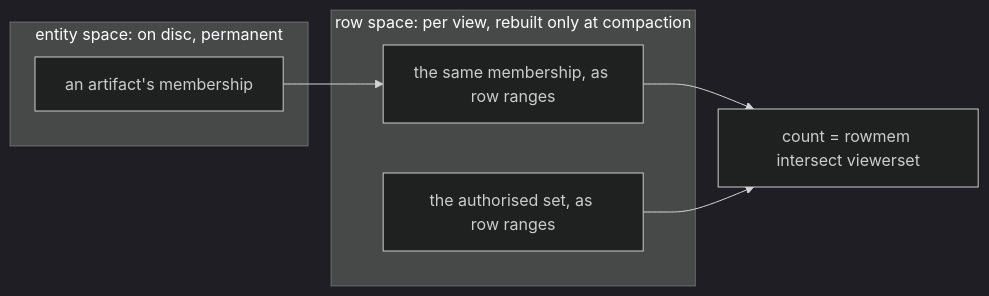
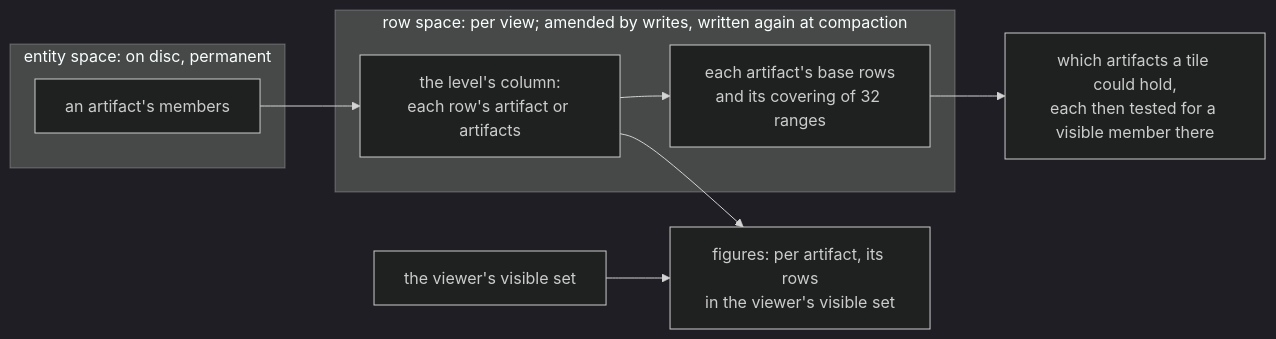
One commit to jennis0/tesseradb changed the third of 3 diagrams in docs/system/annotations.md. Above: the diagram before and after it, drawn with Mermaid (dark theme). The commit also changed other lines of this file and 8 other files, not shown here.

First line of the commit message:
Describe how annotation layers are served: per-tile artifacts, figures and member files

````diff
--- a/docs/system/annotations.md
+++ b/docs/system/annotations.md
@@ -314,13 +374,15 @@
 ```mermaid
 flowchart LR
   subgraph entity["entity space: on disc, permanent"]
-    mem["an artifact's membership"]
+    mem["an artifact's members"]
   end
-  subgraph row["row space: per view, rebuilt only at compaction"]
-    rowmem["the same membership, as row ranges"]
-    viewerset["the authorised set, as row ranges"]
+  subgraph row["row space: per view; amended by writes, written again at compaction"]
+    col["the level's column:<br/>each row's artifact or artifacts"]
+    bits["each artifact's base rows<br/>and its covering of 32 ranges"]
   end
-  mem --> rowmem
-  rowmem --> count["count = rowmem intersect viewerset"]
-  viewerset --> count
+  mem --> col
+  col --> bits
+  col --> figures["figures: per artifact, its rows<br/>in the viewer's visible set"]
+  visible["the viewer's visible set"] --> figures
+  bits --> tile["which artifacts a tile could hold,<br/>each then tested for a visible member there"]
 ```
````
